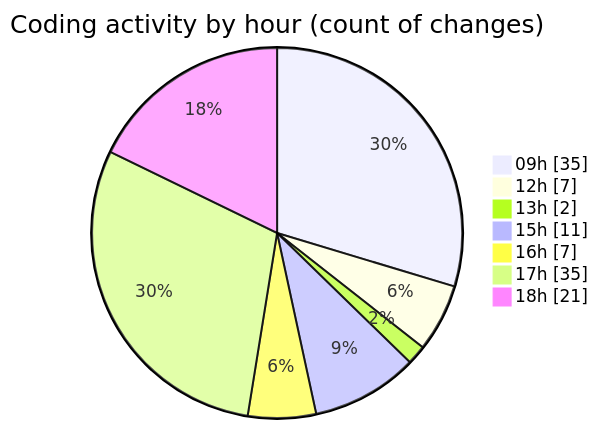
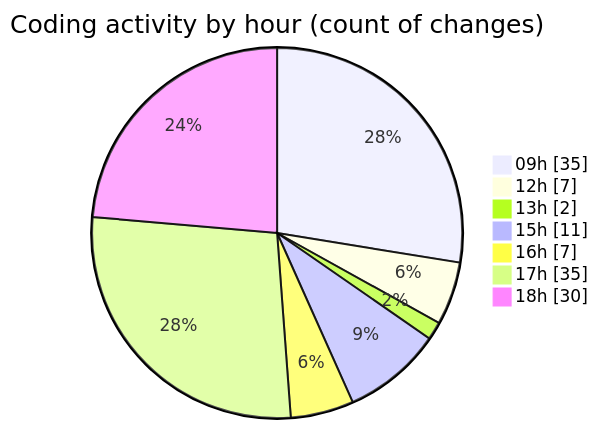
Before and after one commit to momahboobian/code-tracking: the second of 2 diagrams in 2026-06-11/cda/README.md, drawn with Mermaid. The commit also changed other lines of this file and 1 other file, not shown here.

````diff
--- a/2026-06-11/cda/README.md
+++ b/2026-06-11/cda/README.md
@@ -70,11 +71,11 @@
 ```mermaid
 pie showData
 title Coding activity by hour (count of changes)
 "09h" : 35
 "12h" : 7
 "13h" : 2
 "15h" : 11
 "16h" : 7
 "17h" : 35
-"18h" : 21
+"18h" : 30
 ```
````
